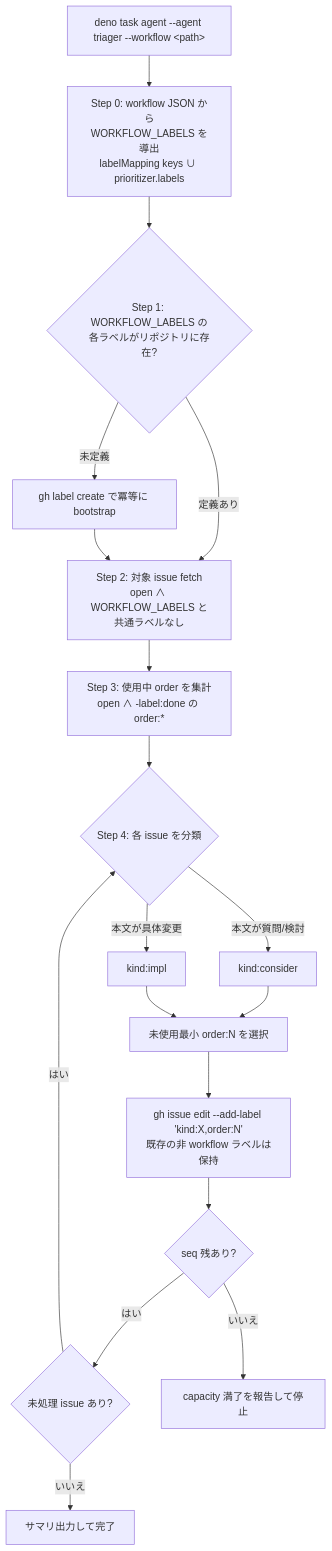
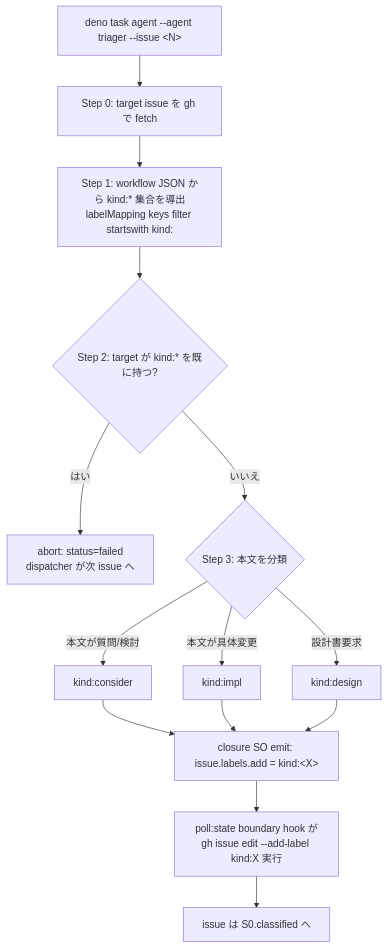
Before and after one commit to tettuan/climpt: the second of 3 diagrams in .agent/workflow-issue-states.md, drawn with Mermaid. The commit also changed other lines of this file and 9 other files, not shown here.

````diff
--- a/.agent/workflow-issue-states.md
+++ b/.agent/workflow-issue-states.md
@@ -165,20 +205,16 @@
 ```mermaid
 flowchart TD
-    A["deno task agent --agent triager --workflow &lt;path&gt;"] --> W[Step 0: workflow JSON から<br/>WORKFLOW_LABELS を導出<br/>labelMapping keys ∪ prioritizer.labels]
-    W --> B{Step 1: WORKFLOW_LABELS の<br/>各ラベルがリポジトリに存在?}
-    B -- 未定義 --> C[gh label create で冪等に bootstrap]
-    B -- 定義あり --> D[Step 2: 対象 issue fetch<br/>open ∧ WORKFLOW_LABELS と共通ラベルなし]
-    C --> D
-    D --> E[Step 3: 使用中 order を集計<br/>open ∧ -label:done の order:*]
-    E --> F{Step 4: 各 issue を分類}
-    F -->|本文が質問/検討| G[kind:consider]
-    F -->|本文が具体変更| H[kind:impl]
-    G --> I[未使用最小 order:N を選択]
-    H --> I
-    I --> J[gh issue edit --add-label 'kind:X,order:N'<br/>既存の非 workflow ラベルは保持]
-    J --> K{seq 残あり?}
-    K -- はい --> L{未処理 issue あり?}
-    K -- いいえ --> M[capacity 満了を報告して停止]
-    L -- はい --> F
-    L -- いいえ --> N[サマリ出力して完了]
+    A["deno task agent --agent triager --issue &lt;N&gt;"] --> W[Step 0: target issue を gh で fetch]
+    W --> E[Step 1: workflow JSON から kind:* 集合を導出<br/>labelMapping keys filter startswith kind:]
+    E --> F{Step 2: target が kind:* を既に持つ?}
+    F -- はい --> SKIP[abort: status=failed<br/>dispatcher が次 issue へ]
+    F -- いいえ --> G{Step 3: 本文を分類}
+    G -->|本文が質問/検討| H[kind:consider]
+    G -->|本文が具体変更| I[kind:impl]
+    G -->|設計書要求| J[kind:design]
+    H --> K[closure SO emit: issue.labels.add = kind:&lt;X&gt;]
+    I --> K
+    J --> K
+    K --> L[poll:state boundary hook が<br/>gh issue edit --add-label kind:X 実行]
+    L --> M[issue は S0.classified へ]
 ```
````
